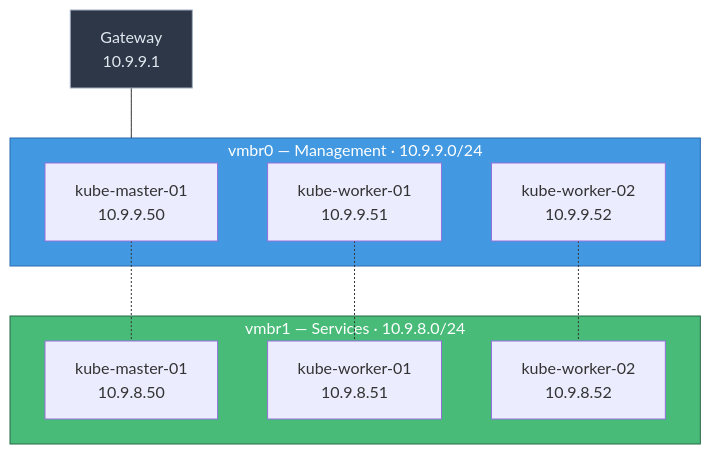
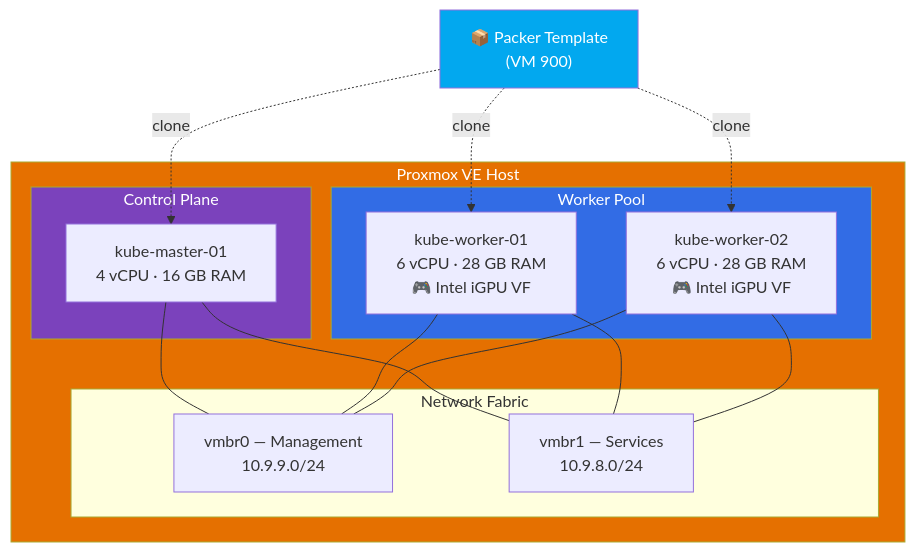
Before and after one commit to Starktastic-Homelab/terraform: the first of 4 diagrams in README.md, drawn with Mermaid. The commit also changed other lines of this file, not shown here.

Commit message:
docs: rewrite README with diagrams and pipeline documentation

````diff
--- a/README.md
+++ b/README.md
@@ -72,24 +47,34 @@
 ```mermaid
-graph TB
-    GW["Gateway\n10.9.9.1"] --- VMBR0
+flowchart TB
+    subgraph proxmox["Proxmox VE Host"]
+        subgraph master["Control Plane"]
+            M1["kube-master-01\n4 vCPU · 16 GB RAM"]
+        end
 
-    subgraph VMBR0["vmbr0 — Management · 10.9.9.0/24"]
-        M0["kube-master-01\n10.9.9.50"]
-        W10["kube-worker-01\n10.9.9.51"]
-        W20["kube-worker-02\n10.9.9.52"]
+        subgraph workers["Worker Pool"]
+            W1["kube-worker-01\n6 vCPU · 28 GB RAM\n🎮 Intel iGPU VF"]
+            W2["kube-worker-02\n6 vCPU · 28 GB RAM\n🎮 Intel iGPU VF"]
+        end
+
+        subgraph networks["Network Fabric"]
+            MGMT["vmbr0 — Management\n10.9.9.0/24"]
+            SVC["vmbr1 — Services\n10.9.8.0/24"]
+        end
     end
 
-    subgraph VMBR1["vmbr1 — Services · 10.9.8.0/24"]
-        M1["kube-master-01\n10.9.8.50"]
-        W11["kube-worker-01\n10.9.8.51"]
-        W21["kube-worker-02\n10.9.8.52"]
-    end
+    M1 --- MGMT
+    M1 --- SVC
+    W1 --- MGMT
+    W1 --- SVC
+    W2 --- MGMT
+    W2 --- SVC
 
-    M0 -.- M1
-    W10 -.- W11
-    W20 -.- W21
+    TEMPLATE["📦 Packer Template\n(VM 900)"] -.->|clone| M1
+    TEMPLATE -.->|clone| W1
+    TEMPLATE -.->|clone| W2
 
-    style VMBR0 fill:#4299e1,stroke:#2b6cb0,color:#fff
-    style VMBR1 fill:#48bb78,stroke:#276749,color:#fff
-    style GW fill:#2d3748,stroke:#a0aec0,color:#e2e8f0
+    style proxmox fill:#E57000,color:#fff
+    style TEMPLATE fill:#02A8EF,color:#fff
+    style master fill:#7B42BC,color:#fff
+    style workers fill:#326CE5,color:#fff
 ```
````
